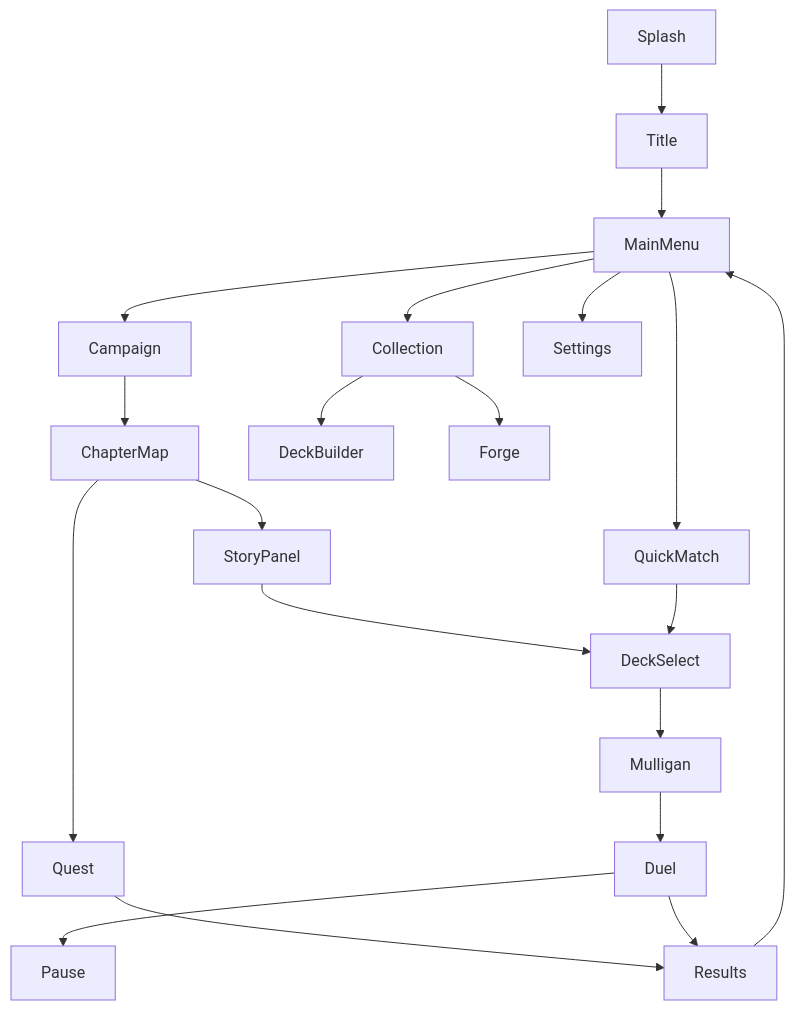
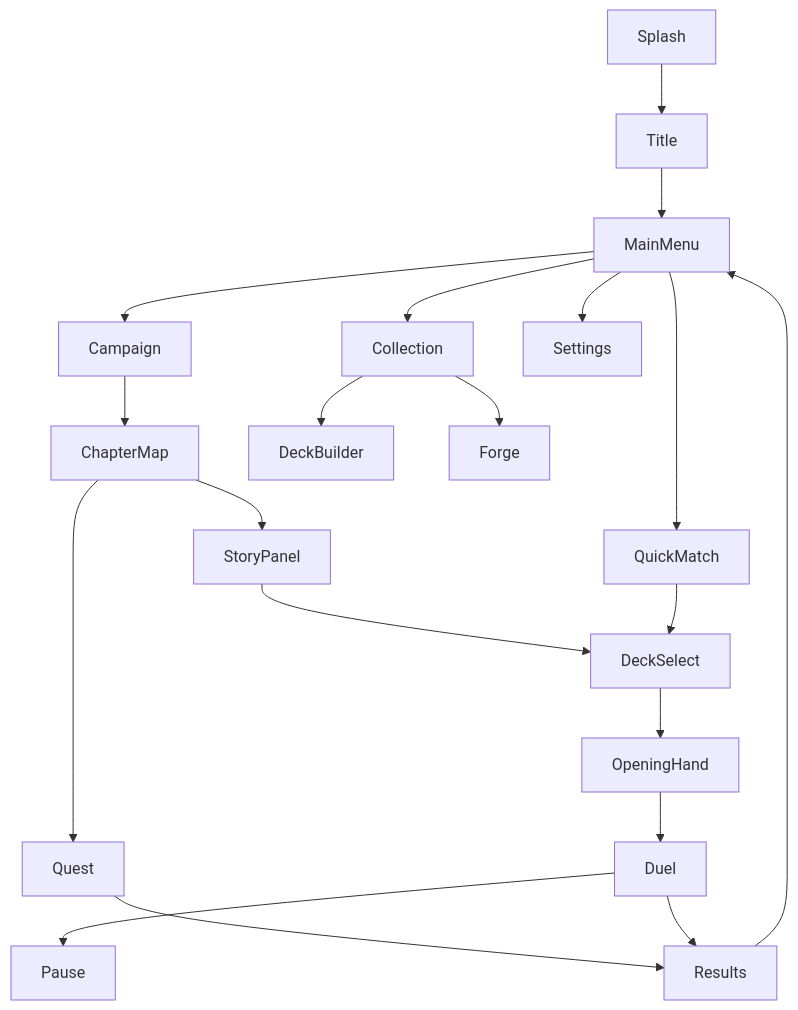
One commit to TuntematonSotilas/nothung changed the diagram in docs/functional/07-ui-ux.md. Above: the diagram before and after it, drawn with Mermaid. The commit also changed other lines of this file and 6 other files, not shown here.

````diff
--- a/docs/functional/07-ui-ux.md
+++ b/docs/functional/07-ui-ux.md
@@ -17,18 +17,18 @@
 ```mermaid
 flowchart TD
     Splash --> Title
     Title --> MainMenu
     MainMenu --> Campaign
     MainMenu --> QuickMatch
     MainMenu --> Collection
     MainMenu --> Settings
     Campaign --> ChapterMap --> StoryPanel --> DeckSelect
     ChapterMap --> Quest --> Results
     QuickMatch --> DeckSelect
-    DeckSelect --> Mulligan --> Duel
+    DeckSelect --> OpeningHand --> Duel
     Duel --> Pause
     Duel --> Results
     Results --> MainMenu
     Collection --> DeckBuilder
     Collection --> Forge
 ```
````
